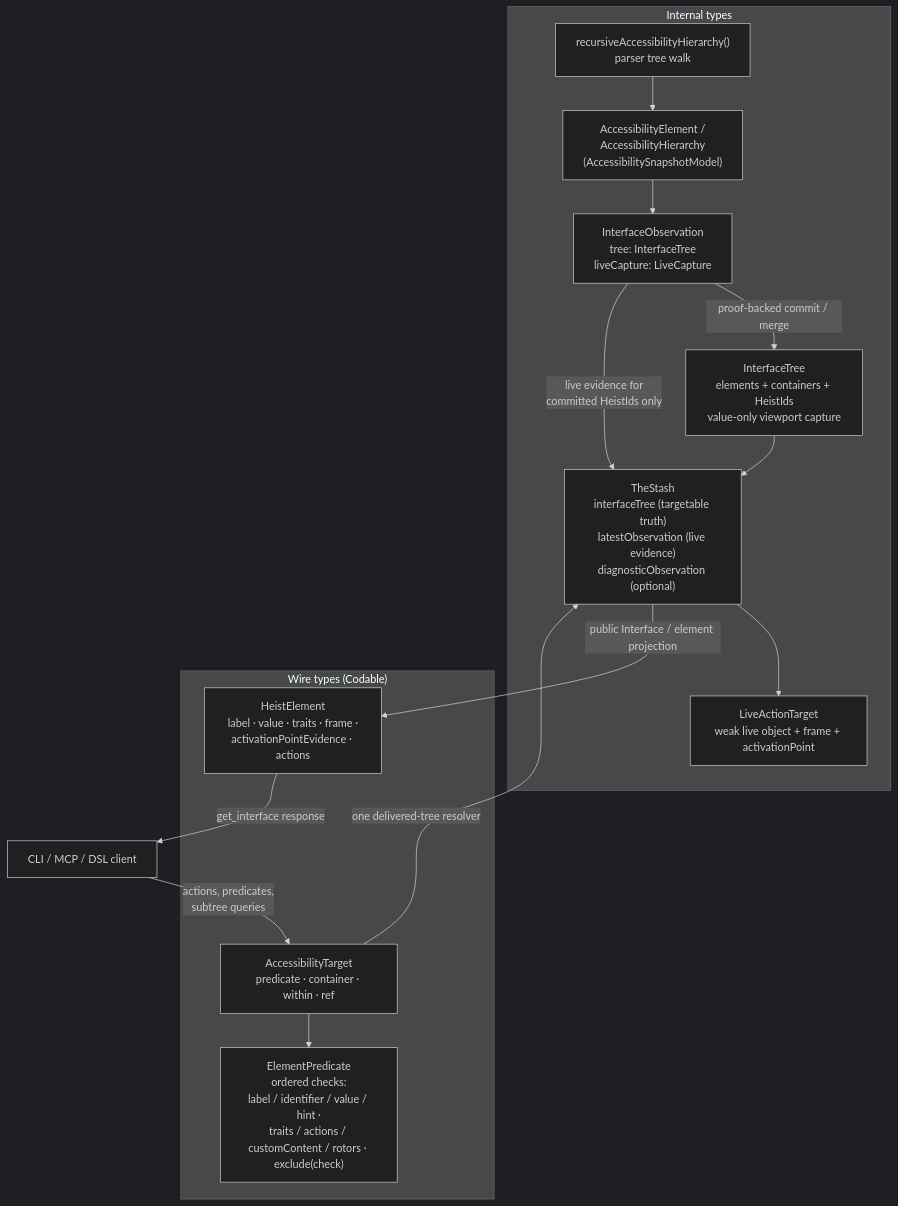
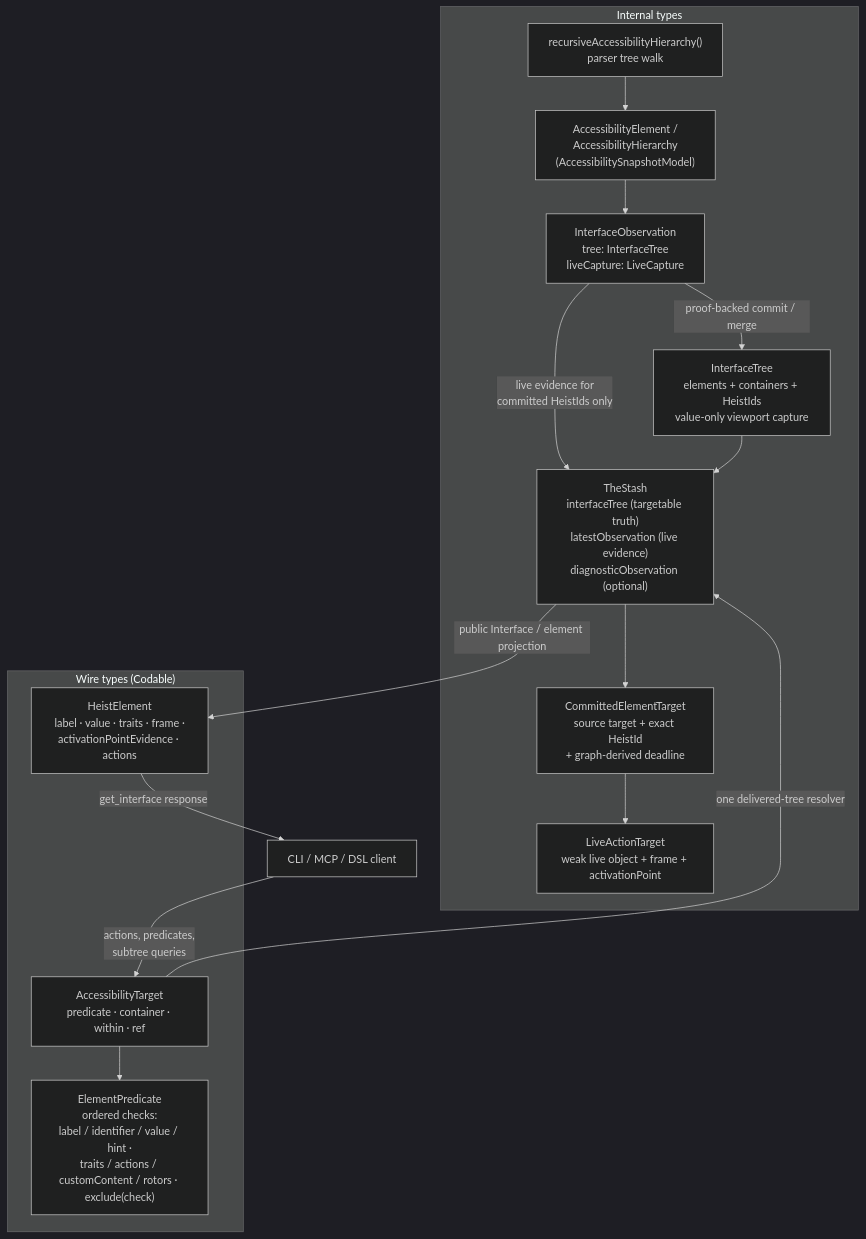
One commit to RoyalPineapple/TheButtonHeist changed the diagram in docs/diagrams/currency-types.md. Above: the diagram before and after it, drawn with Mermaid (dark theme). The commit also changed other lines of this file and 5 other files, not shown here.

Commit message:
Align handoff hardening architecture docs

````diff
--- a/docs/diagrams/currency-types.md
+++ b/docs/diagrams/currency-types.md
@@ -8,32 +8,34 @@
 ```mermaid
 flowchart TD
     subgraph internal["Internal types"]
         WALK["recursiveAccessibilityHierarchy()<br/>parser tree walk"]
         AXE["AccessibilityElement /<br/>AccessibilityHierarchy<br/>(AccessibilitySnapshotModel)"]
         OBS["InterfaceObservation<br/>tree: InterfaceTree<br/>liveCapture: LiveCapture"]
         TREE["InterfaceTree<br/>elements + containers + HeistIds<br/>value-only viewport capture"]
         STASH["TheStash<br/>interfaceTree (targetable truth)<br/>latestObservation (live evidence)<br/>diagnosticObservation (optional)"]
+        PIN["CommittedElementTarget<br/>source target + exact HeistId<br/>+ graph-derived deadline"]
         LIVET["LiveActionTarget<br/>weak live object + frame + activationPoint"]
         WALK --> AXE
         AXE --> OBS
         OBS -- "proof-backed commit / merge" --> TREE
         OBS -- "live evidence for<br/>committed HeistIds only" --> STASH
         TREE --> STASH
-        STASH --> LIVET
+        STASH --> PIN
+        PIN --> LIVET
     end
 
     subgraph wireTypes["Wire types (Codable)"]
         HE["HeistElement<br/>label · value · traits · frame ·<br/>activationPointEvidence · actions"]
         ET["AccessibilityTarget<br/>predicate · container · within · ref"]
         EP["ElementPredicate<br/>ordered checks:<br/>label / identifier / value / hint ·<br/>traits / actions / customContent / rotors · exclude(check)"]
         HE ~~~ ET
         ET --> EP
     end
 
     CLIENT["CLI / MCP / DSL client"]
 
     STASH -- "public Interface / element projection" --> HE
     HE -- "get_interface response" --> CLIENT
     CLIENT -- "actions, predicates,<br/>subtree queries" --> ET
     ET -- "one delivered-tree resolver" --> STASH
 ```
````
